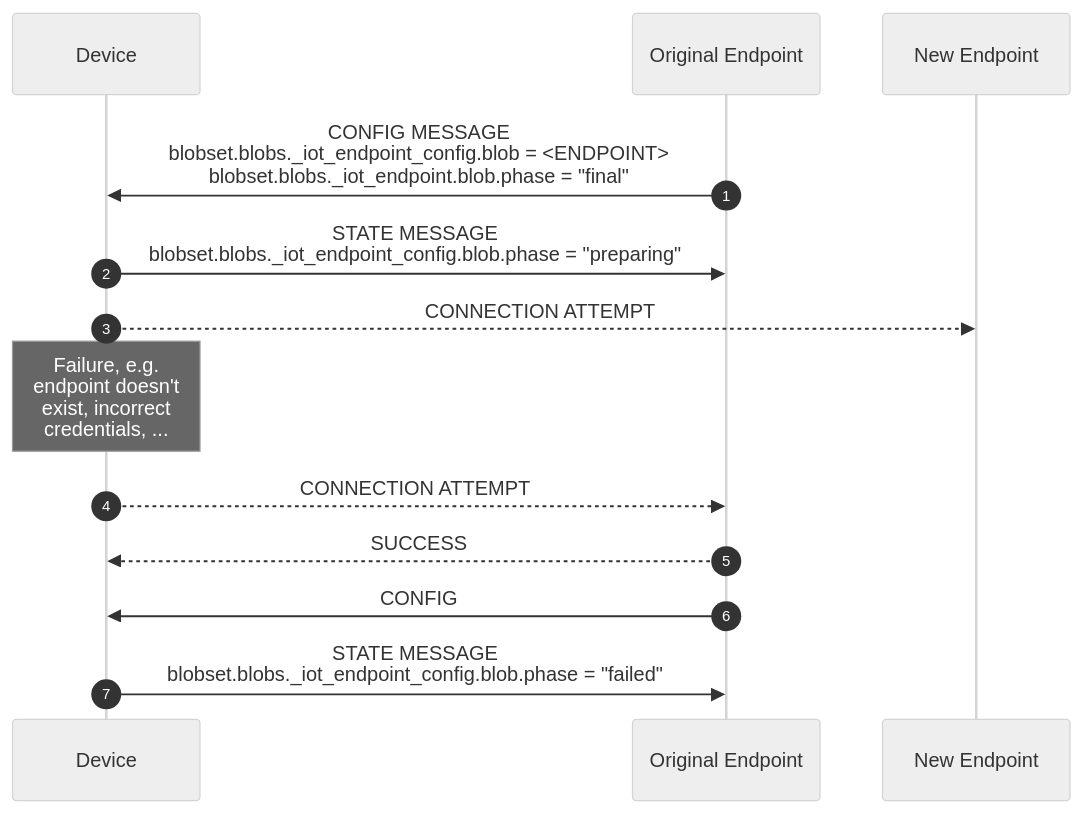
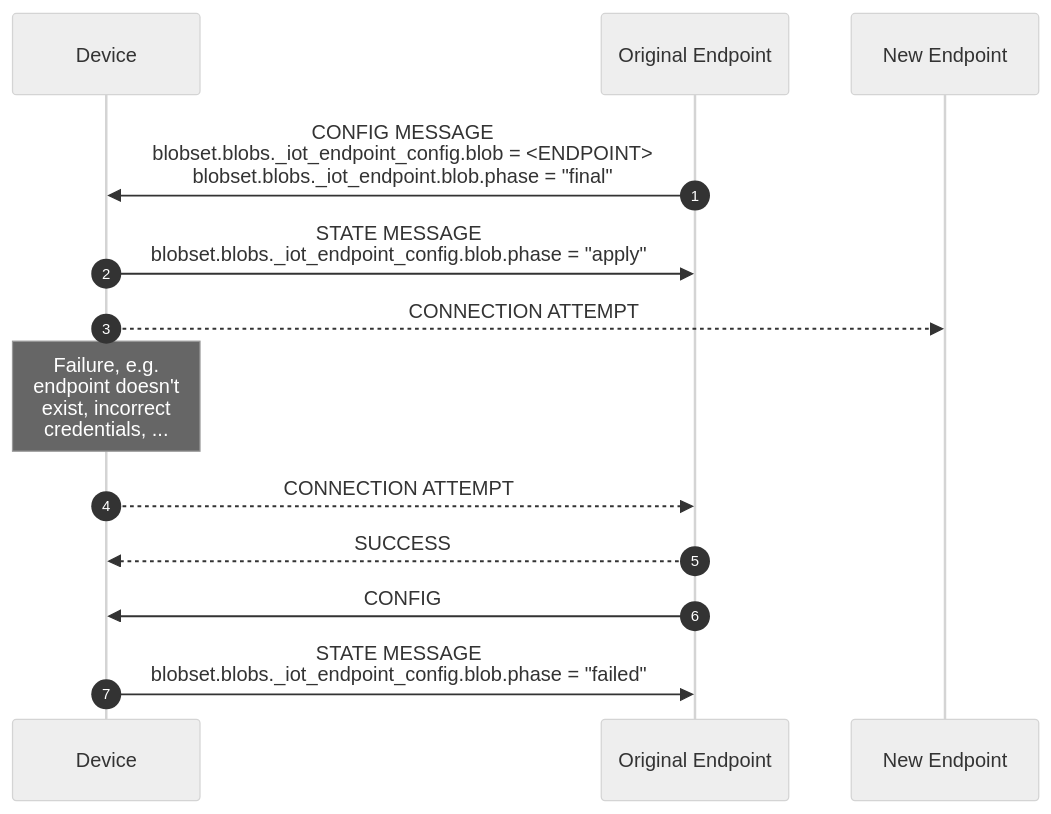
Before and after one commit to faucetsdn/udmi: the second of 2 diagrams in docs/specs/sequences/endpoint_reconfiguration.md, drawn with Mermaid (neutral theme).

Commit message:
change preparing -> apply

````diff
--- a/docs/specs/sequences/endpoint_reconfiguration.md
+++ b/docs/specs/sequences/endpoint_reconfiguration.md
@@ -37,17 +37,17 @@
 ```mermaid
 %%{wrap}%%
 sequenceDiagram
     autonumber
     participant D as Device
     participant E as Original Endpoint
     participant E' as New Endpoint
     E->>D:CONFIG MESSAGE<br>blobset.blobs._iot_endpoint_config.blob = <ENDPOINT><br>blobset.blobs._iot_endpoint.blob.phase = "final"
-    D->>E:STATE MESSAGE<BR>blobset.blobs._iot_endpoint_config.blob.phase = "preparing"
+    D->>E:STATE MESSAGE<BR>blobset.blobs._iot_endpoint_config.blob.phase = "apply"
     D-->>E':CONNECTION ATTEMPT
     note over D: Failure, e.g. endpoint doesn't exist, incorrect credentials, ...
     D-->>E:CONNECTION ATTEMPT
     E-->>D:SUCCESS
     E->>D:CONFIG
     D->>E:STATE MESSAGE<BR>blobset.blobs._iot_endpoint_config.blob.phase = "failed"
 
 ```
````
